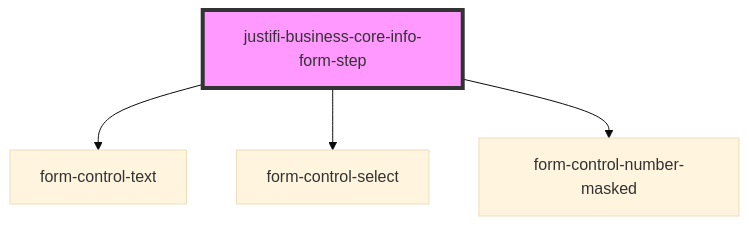
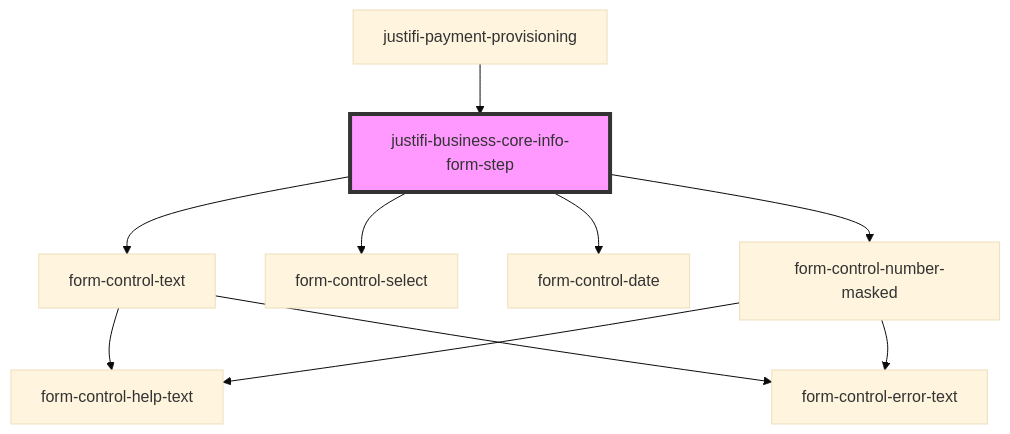
One commit to justifi-tech/web-component-library changed the diagram in packages/webcomponents/src/components/business-forms/payment-provisioning/business-core-info/readme.md. Above: the diagram before and after it, drawn with Mermaid (base theme). The commit also changed other lines of this file and 32 other files, not shown here.

````diff
--- a/packages/webcomponents/src/components/business-forms/payment-provisioning/business-core-info/readme.md
+++ b/packages/webcomponents/src/components/business-forms/payment-provisioning/business-core-info/readme.md
@@ -30,7 +65,13 @@
 ```mermaid
 graph TD;
   justifi-business-core-info-form-step --> form-control-text
   justifi-business-core-info-form-step --> form-control-select
+  justifi-business-core-info-form-step --> form-control-date
   justifi-business-core-info-form-step --> form-control-number-masked
+  form-control-text --> form-control-help-text
+  form-control-text --> form-control-error-text
+  form-control-number-masked --> form-control-help-text
+  form-control-number-masked --> form-control-error-text
+  justifi-payment-provisioning --> justifi-business-core-info-form-step
   style justifi-business-core-info-form-step fill:#f9f,stroke:#333,stroke-width:4px
 ```
````
